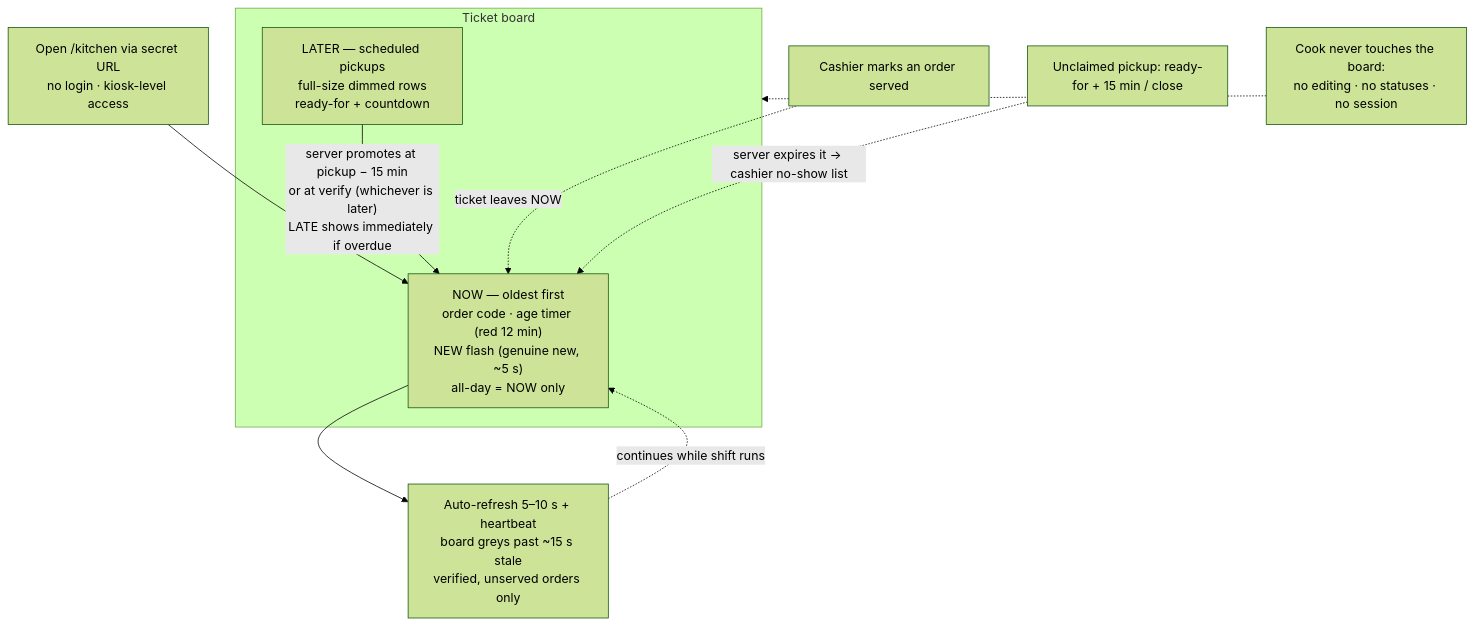
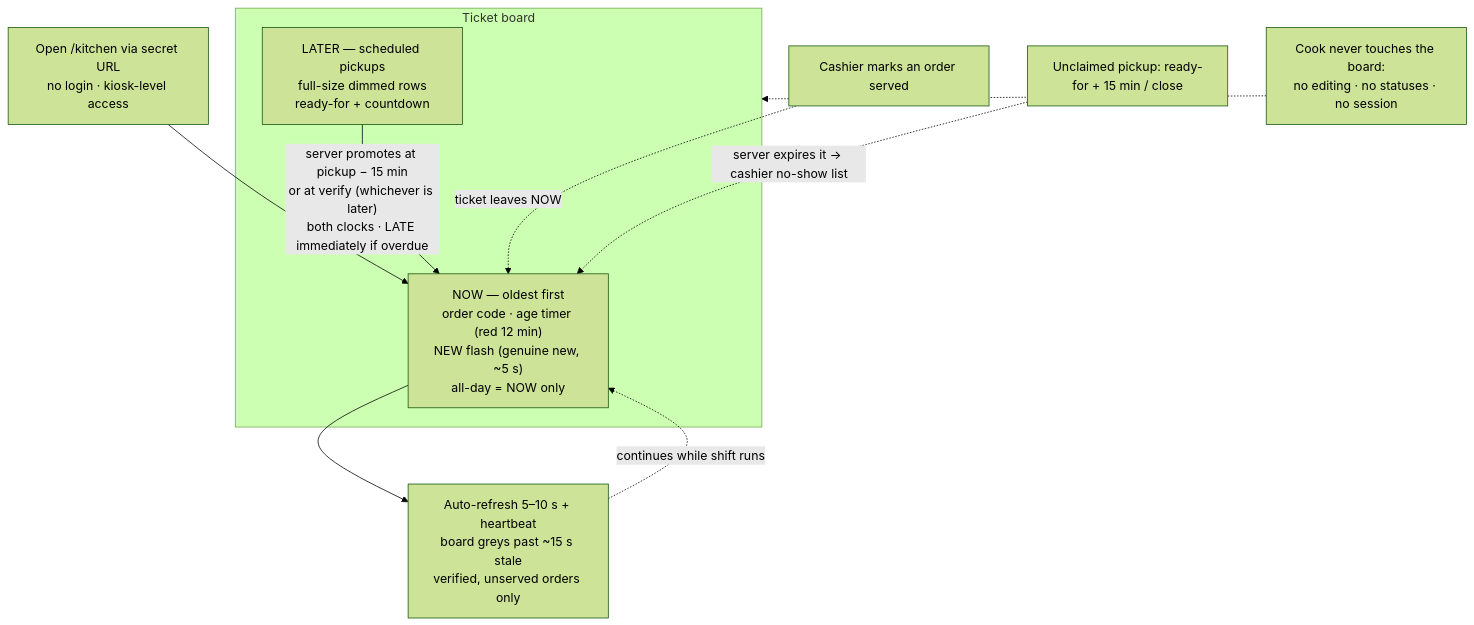
Before and after one commit to S1NXIAN/CRNP: the diagram in docs/flow-charts/kitchen.md, drawn with Mermaid (forest theme). The commit also changed 3 other files, not shown here.

First line of the commit message:
docs: sync flowcharts with spec, add chart-update rule

````diff
--- a/docs/flow-charts/kitchen.md
+++ b/docs/flow-charts/kitchen.md
@@ -6,14 +6,14 @@
 ```mermaid
 flowchart TD
     A["Open /kitchen via secret URL<br/>no login · kiosk-level access"] --> N
     subgraph Board["Ticket board"]
         N["NOW — oldest first<br/>order code · age timer (red 12 min)<br/>NEW flash (genuine new, ~5 s)<br/>all-day = NOW only"]
         L["LATER — scheduled pickups<br/>full-size dimmed rows<br/>ready-for + countdown"]
     end
-    L -->|"server promotes at pickup − 15 min<br/>or at verify (whichever is later)<br/>LATE shows immediately if overdue"| N
+    L -->|"server promotes at pickup − 15 min<br/>or at verify (whichever is later)<br/>both clocks · LATE immediately if overdue"| N
     N --> R["Auto-refresh 5–10 s + heartbeat<br/>board greys past ~15 s stale<br/>verified, unserved orders only"]
     R -.->|"continues while shift runs"| N
     S["Cashier marks an order served"] -.->|"ticket leaves NOW"| N
     X["Unclaimed pickup: ready-for + 15 min / close"] -.->|"server expires it → cashier no-show list"| N
     E["Cook never touches the board:<br/>no editing · no statuses · no session"] -.-> Board
 ```
````
